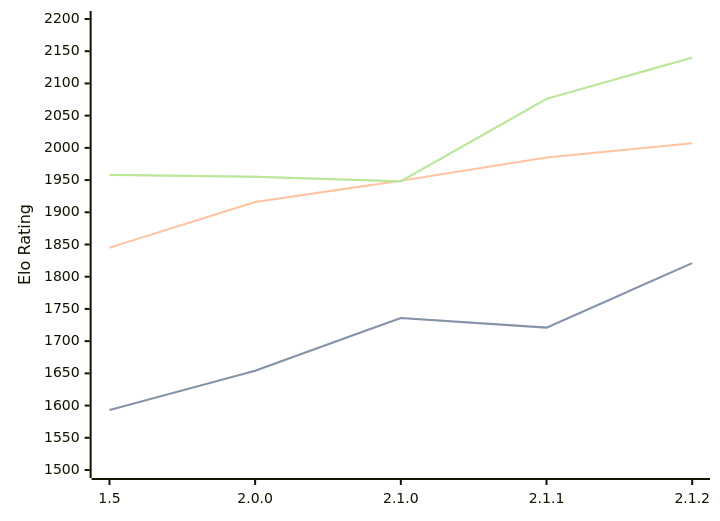
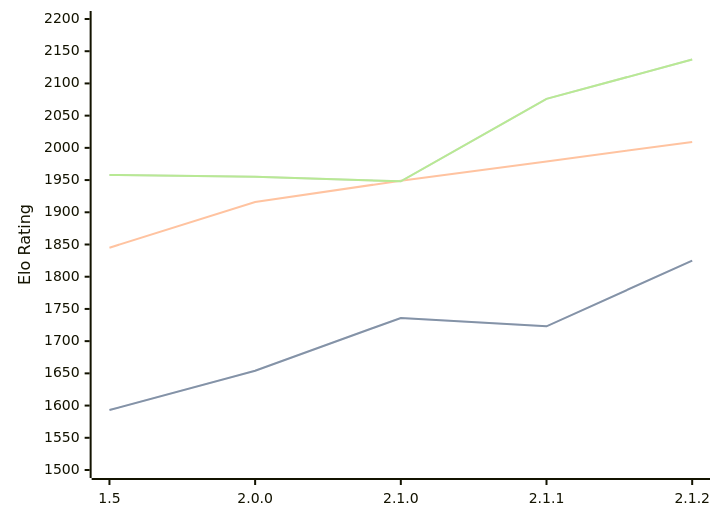
Before and after one commit to computer-chess-index/cci: the diagram in engines/Rudim.md, drawn with Mermaid. The commit also changed other lines of this file, not shown here.

Commit message:
Update CCI Ratings (ELO VLTC) - 2026-05-22

````diff
--- a/engines/Rudim.md
+++ b/engines/Rudim.md
@@ -40,11 +40,11 @@
 ```mermaid
 %%{init: {"theme":"base","themeVariables":{"seriesColors:['#a3a3a3','#222221','#faa371']}}}%%
 xychart-beta
   x-axis ["1.5", "2.0.0", "2.1.0", "2.1.1", "2.1.2"]
   y-axis "Elo Rating" 1500 --> 2200
-  line "STC (8.0+0.08s)" [1593, 1654, 1736, 1721, 1821]
-  line "STC (8.0+0.08s)" [1593, 1654, 1736, 1721, 1821]
-  line "LTC (60.0+0.60s)" [1845, 1916, 1949, 1985, 2007]
-  line "VLTC (2m24s+1.12s)" [1958, 1955, 1948, 2076, 2140]
-  line "VLTC (2m24s+1.12s)" [1958, 1955, 1948, 2076, 2140]
+  line "STC (8.0+0.08s)" [1593, 1654, 1736, 1723, 1825]
+  line "STC (8.0+0.08s)" [1593, 1654, 1736, 1723, 1825]
+  line "LTC (60.0+0.60s)" [1845, 1916, 1949, 1979, 2009]
+  line "VLTC (2m24s+1.12s)" [1958, 1955, 1948, 2076, 2137]
+  line "VLTC (2m24s+1.12s)" [1958, 1955, 1948, 2076, 2137]
 ```
````
